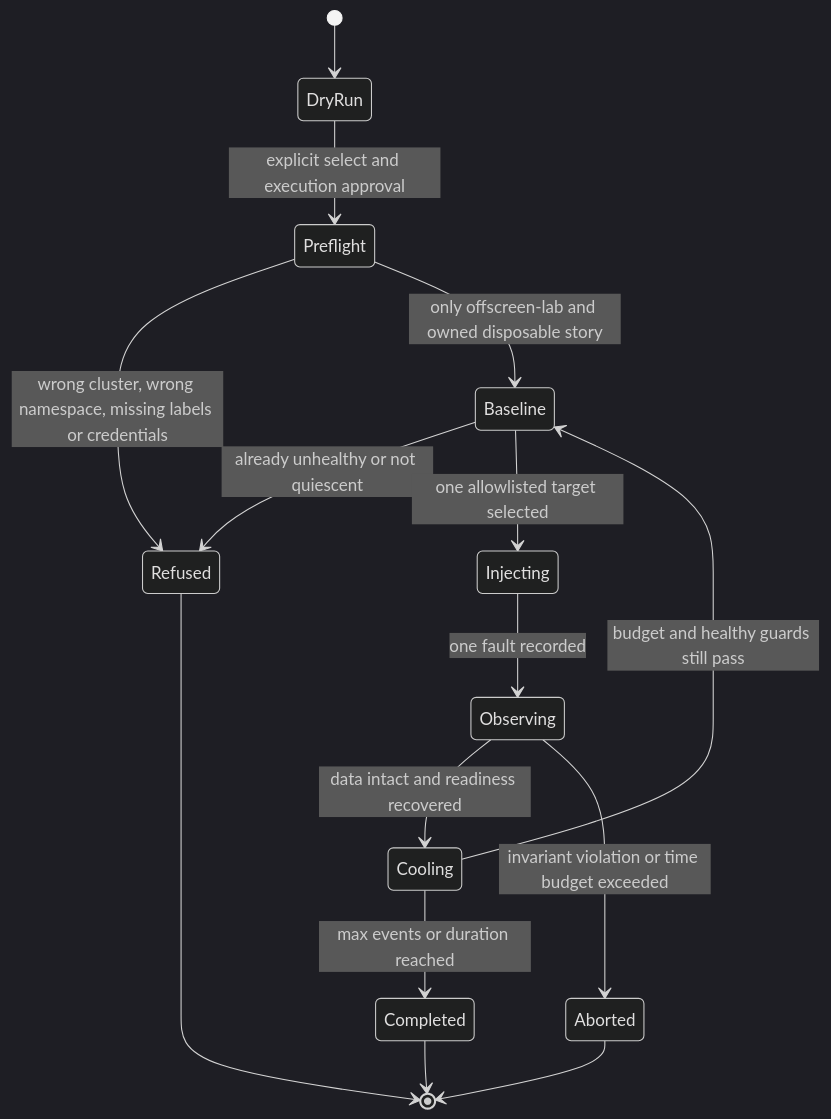
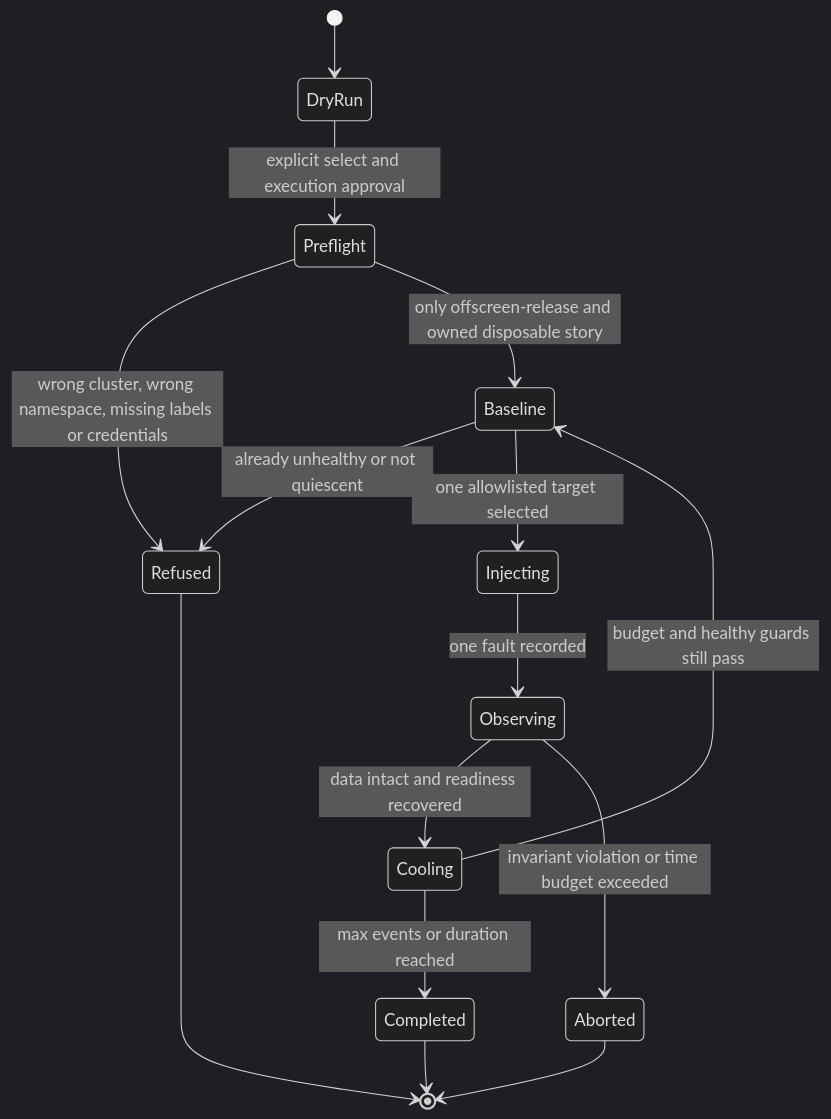
Before and after one commit to DenisSkulovic/offscreen-rpg: the fourth of 5 diagrams in docs/architecture/09-chaos-and-zero-token-play.md, drawn with Mermaid (dark theme). The commit also changed other lines of this file and 99 other files, not shown here.

````diff
--- a/docs/architecture/09-chaos-and-zero-token-play.md
+++ b/docs/architecture/09-chaos-and-zero-token-play.md
@@ -81,17 +81,17 @@
 ```mermaid
 stateDiagram-v2
     [*] --> DryRun
     DryRun --> Preflight: explicit select and execution approval
     Preflight --> Refused: wrong cluster, wrong namespace, missing labels or credentials
-    Preflight --> Baseline: only offscreen-lab and owned disposable story
+    Preflight --> Baseline: only offscreen-release and owned disposable story
     Baseline --> Refused: already unhealthy or not quiescent
     Baseline --> Injecting: one allowlisted target selected
     Injecting --> Observing: one fault recorded
     Observing --> Cooling: data intact and readiness recovered
     Observing --> Aborted: invariant violation or time budget exceeded
     Cooling --> Baseline: budget and healthy guards still pass
     Cooling --> Completed: max events or duration reached
     Completed --> [*]
     Aborted --> [*]
     Refused --> [*]
 ```
````
